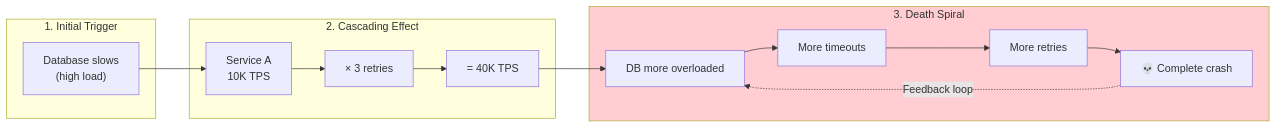
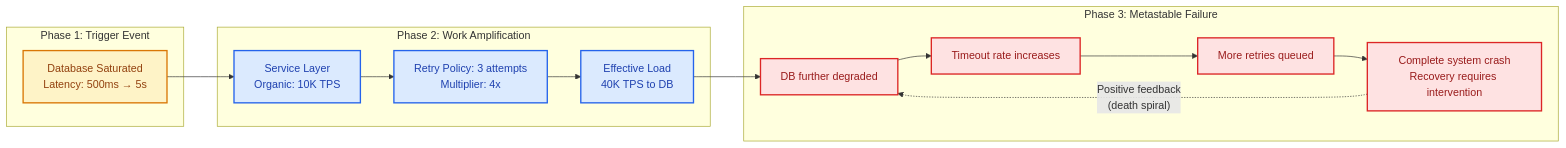
The second of 2 diagrams in gemini-responses/retry-strategies-20260120-1301.md (udaytamma/Cyrus), drawn with Mermaid before and after one commit. The commit also changed other lines of this file and 28 other files, not shown here.

First line of the commit message:
Upgrade Knowledge Base Mermaid diagrams to professional styling

````diff
--- a/gemini-responses/retry-strategies-20260120-1301.md
+++ b/gemini-responses/retry-strategies-20260120-1301.md
@@ -157,25 +161,36 @@
 ```mermaid
 flowchart LR
-    subgraph Trigger["1. Initial Trigger"]
-        DB["Database slows<br/>(high load)"]
+    subgraph Trigger["Phase 1: Trigger Event"]
+        DB["Database Saturated<br/>Latency: 500ms → 5s"]
     end
 
-    subgraph Cascade["2. Cascading Effect"]
-        S1["Service A<br/>10K TPS"]
-        S2["× 3 retries"]
-        S3["= 40K TPS"]
+    subgraph Amplification["Phase 2: Work Amplification"]
+        S1["Service Layer<br/>Organic: 10K TPS"]
+        S2["Retry Policy: 3 attempts<br/>Multiplier: 4x"]
+        S3["Effective Load<br/>40K TPS to DB"]
     end
 
-    subgraph Death["3. Death Spiral"]
-        O1["DB more overloaded"]
-        O2["More timeouts"]
-        O3["More retries"]
-        O4["💀 Complete crash"]
+    subgraph Spiral["Phase 3: Metastable Failure"]
+        O1["DB further degraded"]
+        O2["Timeout rate increases"]
+        O3["More retries queued"]
+        O4["Complete system crash<br/>Recovery requires intervention"]
     end
 
-    DB --> S1 --> S2 --> S3
-    S3 --> O1 --> O2 --> O3 --> O4
-    O4 -.->|"Feedback loop"| O1
+    DB --> S1
+    S1 --> S2
+    S2 --> S3
+    S3 --> O1
+    O1 --> O2
+    O2 --> O3
+    O3 --> O4
+    O4 -.->|"Positive feedback<br/>(death spiral)"| O1
 
-    style Death fill:#ffcdd2
+    classDef trigger fill:#fef3c7,stroke:#d97706,color:#92400e,stroke-width:2px
+    classDef amplify fill:#dbeafe,stroke:#2563eb,color:#1e40af,stroke-width:2px
+    classDef death fill:#fee2e2,stroke:#dc2626,color:#991b1b,stroke-width:2px
+
+    class DB trigger
+    class S1,S2,S3 amplify
+    class O1,O2,O3,O4 death
 ```
````
